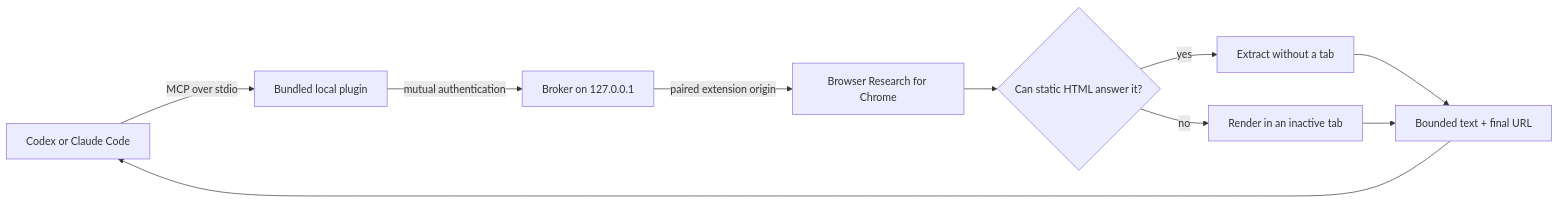
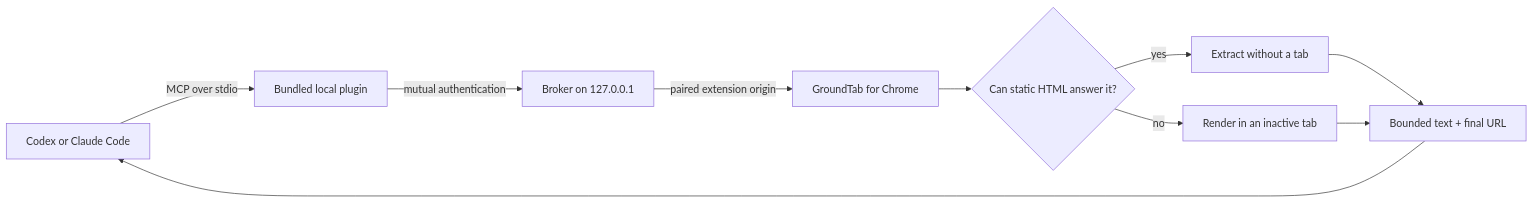
One commit to gamettav/browser-research-bridge changed the diagram in README.md. Above: the diagram before and after it, drawn with Mermaid. The commit also changed other lines of this file and 57 other files, not shown here.

Commit message:
Rename product to GroundTab

````diff
--- a/README.md
+++ b/README.md
@@ -59,12 +59,12 @@
 ```mermaid
 flowchart LR
     A[Codex or Claude Code] -->|MCP over stdio| B[Bundled local plugin]
     B -->|mutual authentication| C[Broker on 127.0.0.1]
-    C -->|paired extension origin| D[Browser Research for Chrome]
+    C -->|paired extension origin| D[GroundTab for Chrome]
     D --> E{Can static HTML answer it?}
     E -->|yes| F[Extract without a tab]
     E -->|no| G[Render in an inactive tab]
     F --> H[Bounded text + final URL]
     G --> H
     H --> A
 ```
````
